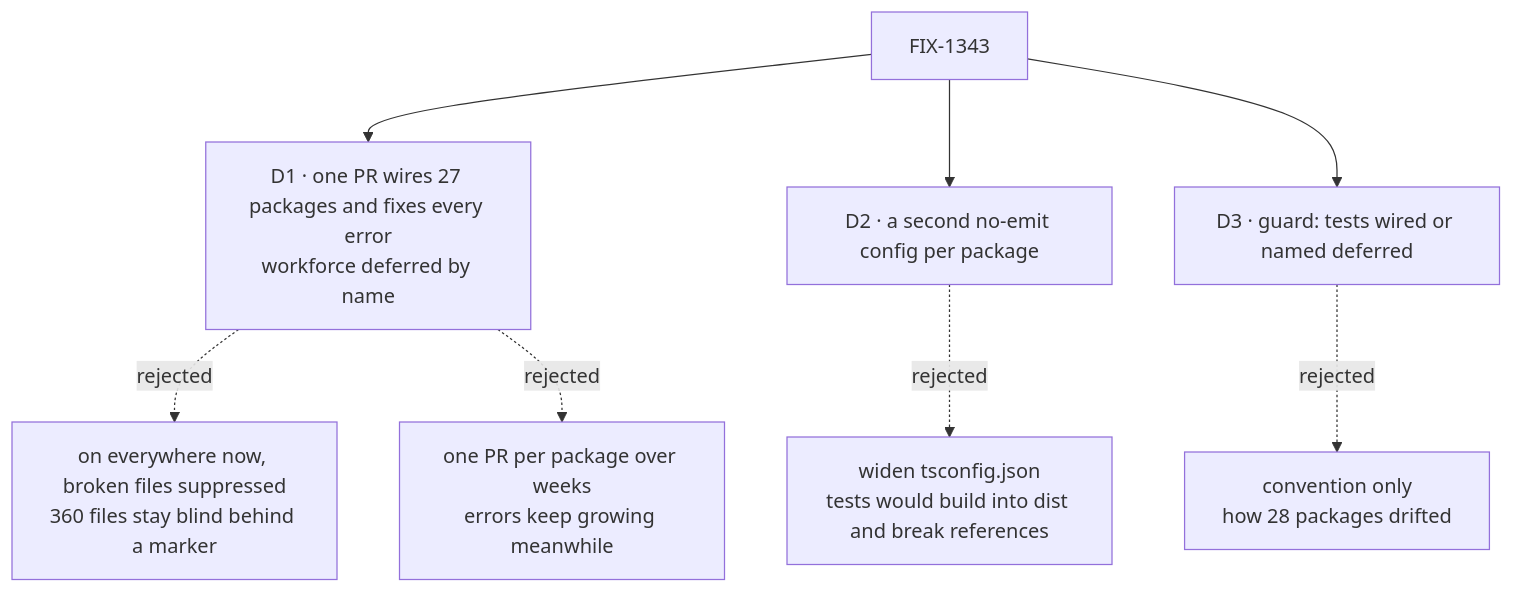
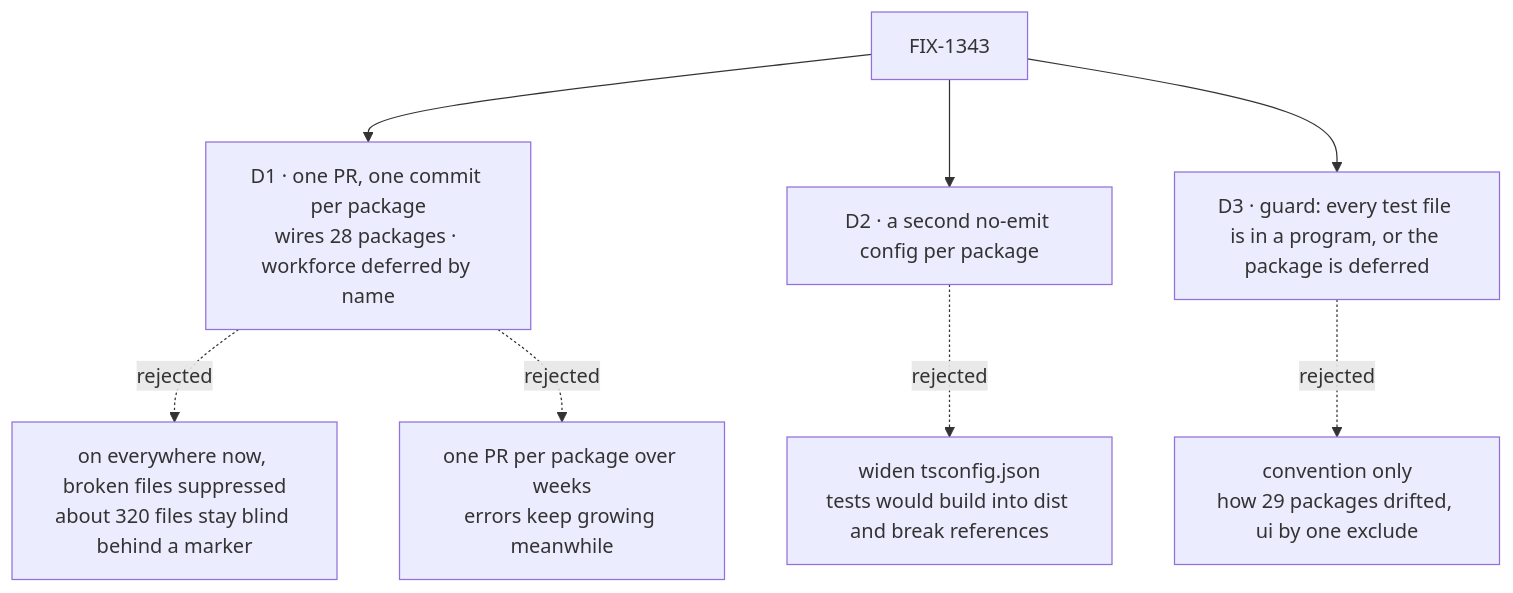
Before and after one commit to fixpoint-labs/flow-state-dev: the diagram in specs/issues/FIX-1343/DECISIONS.md, drawn with Mermaid. The commit also changed other lines of this file and 4 other files, not shown here.

````diff
--- a/specs/issues/FIX-1343/DECISIONS.md
+++ b/specs/issues/FIX-1343/DECISIONS.md
@@ -9,10 +9,10 @@
 ```mermaid
 flowchart TD
-  I["FIX-1343"] --> D1["D1 · one PR wires 27 packages and fixes every error<br/>workforce deferred by name"]
-  D1 -.->|"rejected"| X1["on everywhere now, broken files suppressed<br/>360 files stay blind behind a marker"]
+  I["FIX-1343"] --> D1["D1 · one PR, one commit per package<br/>wires 28 packages · workforce deferred by name"]
+  D1 -.->|"rejected"| X1["on everywhere now, broken files suppressed<br/>about 320 files stay blind behind a marker"]
   D1 -.->|"rejected"| X1b["one PR per package over weeks<br/>errors keep growing meanwhile"]
   I --> D2["D2 · a second no-emit config per package"]
   D2 -.->|"rejected"| X2["widen tsconfig.json<br/>tests would build into dist and break references"]
-  I --> D3["D3 · guard: tests wired or named deferred"]
-  D3 -.->|"rejected"| X3["convention only<br/>how 28 packages drifted"]
+  I --> D3["D3 · guard: every test file is in a program, or the package is deferred"]
+  D3 -.->|"rejected"| X3["convention only<br/>how 29 packages drifted, ui by one exclude"]
 ```
````
